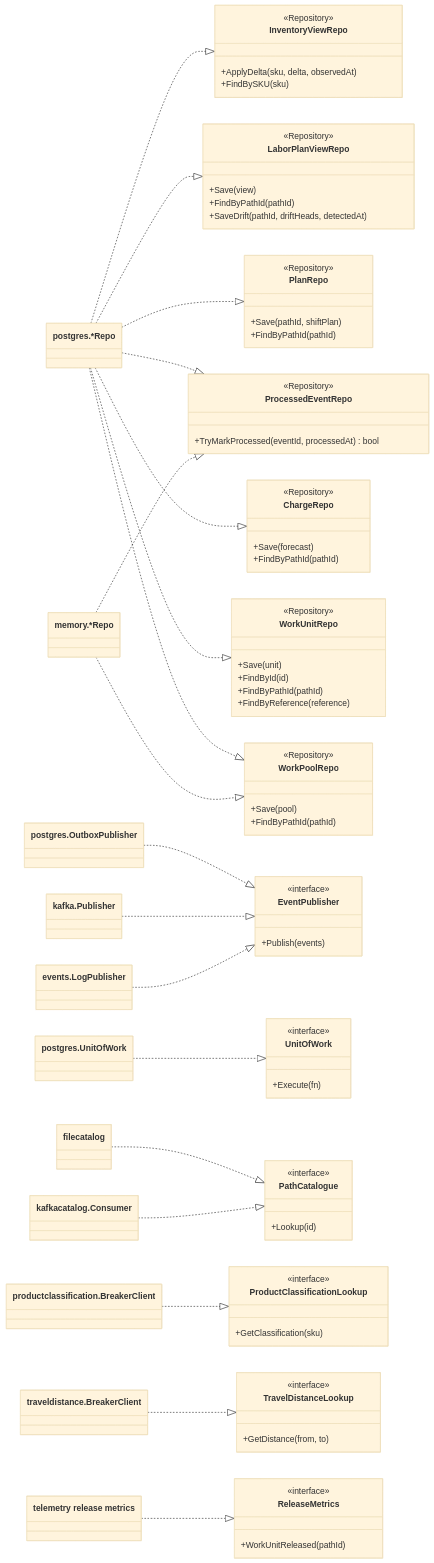
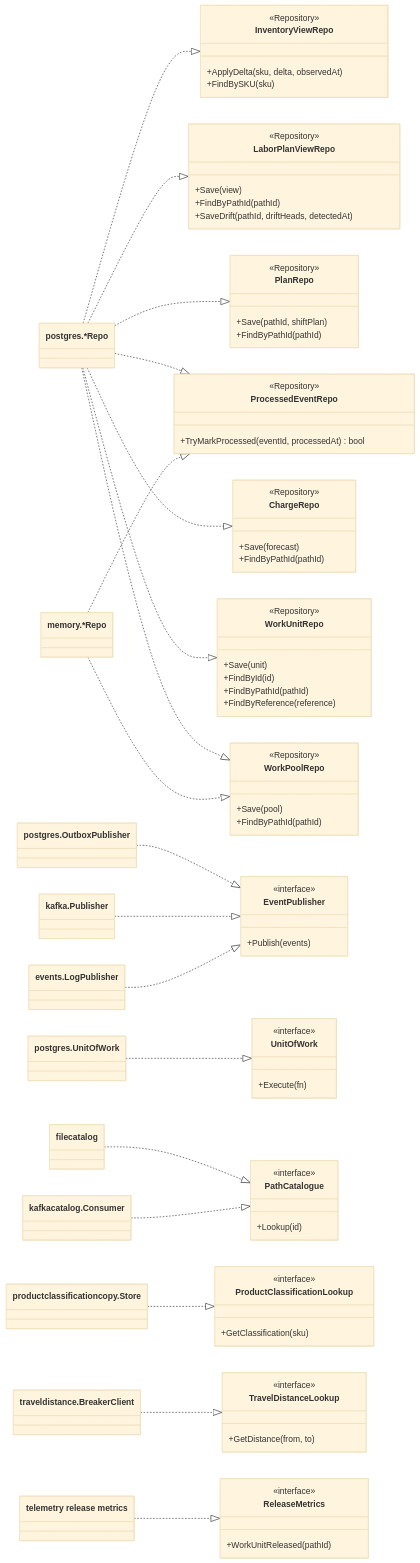
Before and after one commit to IQVO/warehouse-docs: the fourth of 5 diagrams in docs/contexts/wes-work-planning/class-diagram.md, drawn with Mermaid (base theme). The commit also changed other lines of this file and 118 other files, not shown here.

````diff
--- a/docs/contexts/wes-work-planning/class-diagram.md
+++ b/docs/contexts/wes-work-planning/class-diagram.md
@@ -417,7 +417,7 @@
     class PgUnitOfWork["postgres.UnitOfWork"]
     class FileCatalogue["filecatalog"]
     class KafkaCatalogue["kafkacatalog.Consumer"]
-    class ClassificationClient["productclassification.BreakerClient"]
+    class ClassificationCopy["productclassificationcopy.Store"]
     class TravelClient["traveldistance.BreakerClient"]
     class OtelReleaseMetrics["telemetry release metrics"]
 
@@ -436,7 +436,7 @@
     PgUnitOfWork ..|> UnitOfWork
     FileCatalogue ..|> PathCatalogue
     KafkaCatalogue ..|> PathCatalogue
-    ClassificationClient ..|> ProductClassificationLookup
+    ClassificationCopy ..|> ProductClassificationLookup
     TravelClient ..|> TravelDistanceLookup
     OtelReleaseMetrics ..|> ReleaseMetrics
 ```
````
